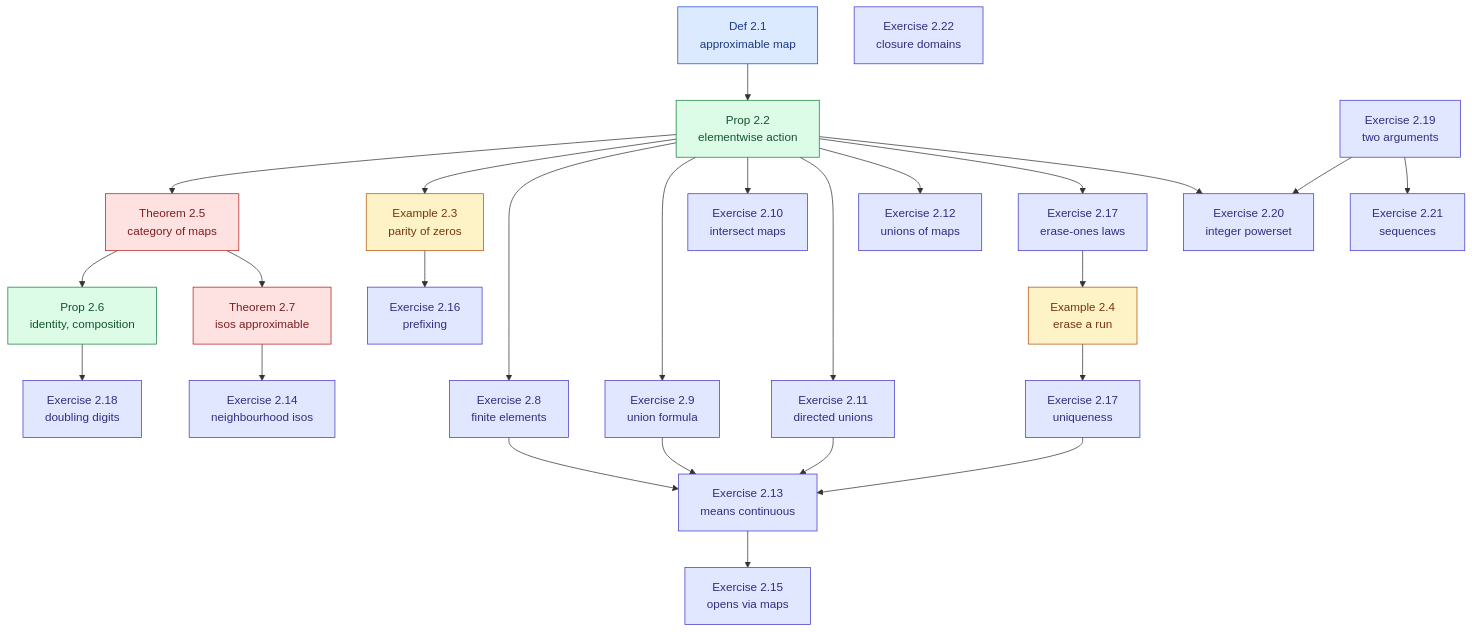
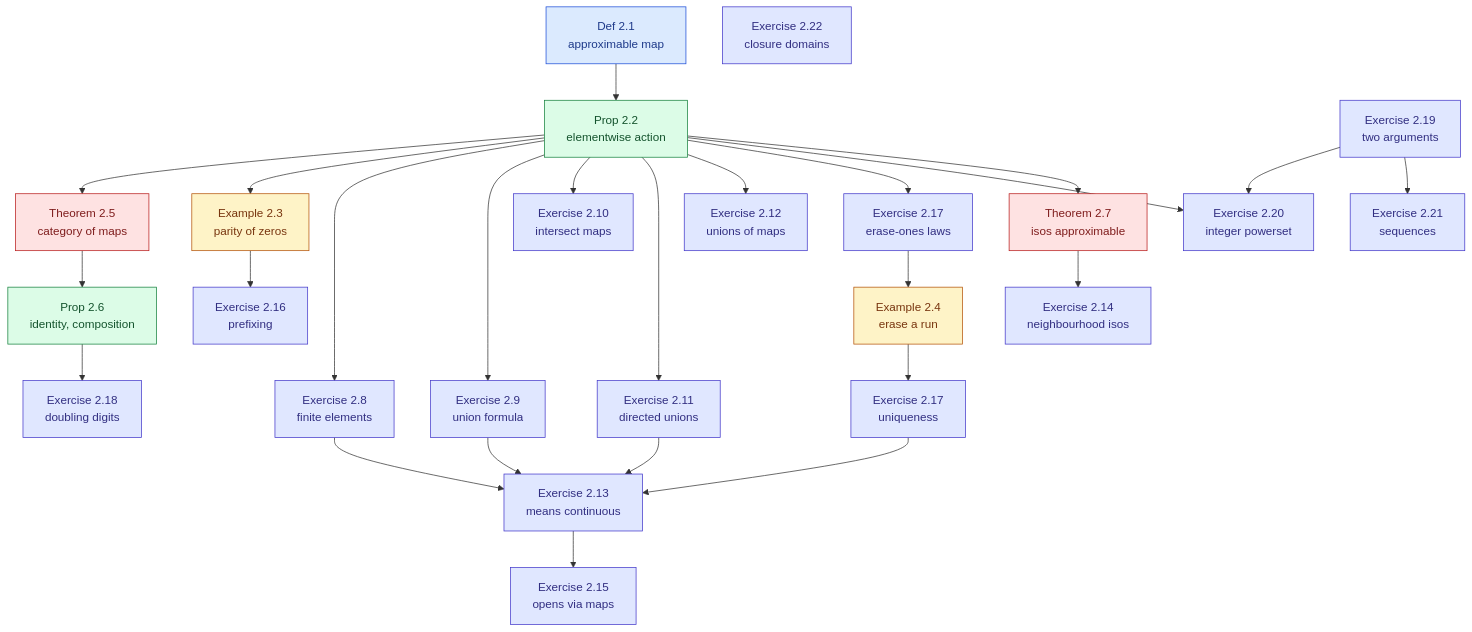
One commit to catskillsresearch/DomainTheory changed the diagram in DomainTheory/NeighbourhoodSystems/MappingsBetweenDomains/1980_Mappings_between_domains.mermaid. Above: the diagram before and after it, drawn with Mermaid. The commit also changed 84 other files, not shown here.

```diff
--- a/DomainTheory/NeighbourhoodSystems/MappingsBetweenDomains/1980_Mappings_between_domains.mermaid
+++ b/DomainTheory/NeighbourhoodSystems/MappingsBetweenDomains/1980_Mappings_between_domains.mermaid
@@ -1,83 +1,83 @@
 %% Each box is one item. The arrowhead is on the item that imports.
 %% An arrow already implied by a longer path is omitted.
 %% The introduction has no Lean file, so it is not shown.
 %%{init: {"flowchart": {"wrappingWidth": 2000}}}%%
 flowchart TB
 
   Definition_2_1["Def 2.1<br>approximable map"]
   Proposition_2_2["Prop 2.2<br>elementwise action"]
   Example_2_3["Example 2.3<br>parity of zeros"]
   Example_2_4["Example 2.4<br>erase a run"]
   Theorem_2_5["Theorem 2.5<br>category of maps"]
   Proposition_2_6["Prop 2.6<br>identity, composition"]
   Theorem_2_7["Theorem 2.7<br>isos approximable"]
   Exercise_2_8["Exercise 2.8<br>finite elements"]
   Exercise_2_9["Exercise 2.9<br>union formula"]
   Exercise_2_10["Exercise 2.10<br>intersect maps"]
   Exercise_2_11["Exercise 2.11<br>directed unions"]
   Exercise_2_12["Exercise 2.12<br>unions of maps"]
   Exercise_2_13["Exercise 2.13<br>means continuous"]
   Exercise_2_14["Exercise 2.14<br>neighbourhood isos"]
   Exercise_2_15["Exercise 2.15<br>opens via maps"]
   Exercise_2_16["Exercise 2.16<br>prefixing"]
   Exercise_2_17["Exercise 2.17<br>erase-ones laws"]
   Exercise_2_17b["Exercise 2.17<br>uniqueness"]
   Exercise_2_18["Exercise 2.18<br>doubling digits"]
   Exercise_2_19["Exercise 2.19<br>two arguments"]
   Exercise_2_20["Exercise 2.20<br>integer powerset"]
   Exercise_2_21["Exercise 2.21<br>sequences"]
   Exercise_2_22["Exercise 2.22<br>closure domains"]
 
   Definition_2_1 --> Proposition_2_2
   Proposition_2_2 --> Theorem_2_5
   Proposition_2_2 --> Example_2_3
   Proposition_2_2 --> Exercise_2_8
   Proposition_2_2 --> Exercise_2_9
   Proposition_2_2 --> Exercise_2_10
   Proposition_2_2 --> Exercise_2_11
   Proposition_2_2 --> Exercise_2_12
   Proposition_2_2 --> Exercise_2_17
   Proposition_2_2 --> Exercise_2_20
+  Proposition_2_2 --> Theorem_2_7
   Theorem_2_5 --> Proposition_2_6
-  Theorem_2_5 --> Theorem_2_7
   Example_2_3 --> Exercise_2_16
   Exercise_2_8 --> Exercise_2_13
   Exercise_2_9 --> Exercise_2_13
   Exercise_2_11 --> Exercise_2_13
   Exercise_2_17 --> Example_2_4
   Example_2_4 --> Exercise_2_17b
   Exercise_2_17b --> Exercise_2_13
   Exercise_2_13 --> Exercise_2_15
   Theorem_2_7 --> Exercise_2_14
   Proposition_2_6 --> Exercise_2_18
   Exercise_2_19 --> Exercise_2_20
   Exercise_2_19 --> Exercise_2_21
 
   classDef cdef fill:#dbeafe,stroke:#1d4ed8,color:#1e3a8a
   classDef cprop fill:#dcfce7,stroke:#15803d,color:#14532d
   classDef cexs fill:#fef3c7,stroke:#b45309,color:#78350f
   classDef cex fill:#e0e7ff,stroke:#4338ca,color:#312e81
   classDef cthm fill:#fee2e2,stroke:#b91c1c,color:#7f1d1d
   class Definition_2_1 cdef
   class Proposition_2_2 cprop
   class Proposition_2_6 cprop
   class Example_2_3 cexs
   class Example_2_4 cexs
   class Theorem_2_5 cthm
   class Theorem_2_7 cthm
   class Exercise_2_8 cex
   class Exercise_2_9 cex
   class Exercise_2_10 cex
   class Exercise_2_11 cex
   class Exercise_2_12 cex
   class Exercise_2_13 cex
   class Exercise_2_14 cex
   class Exercise_2_15 cex
   class Exercise_2_16 cex
   class Exercise_2_17 cex
   class Exercise_2_17b cex
   class Exercise_2_18 cex
   class Exercise_2_19 cex
   class Exercise_2_20 cex
   class Exercise_2_21 cex
   class Exercise_2_22 cex
```
